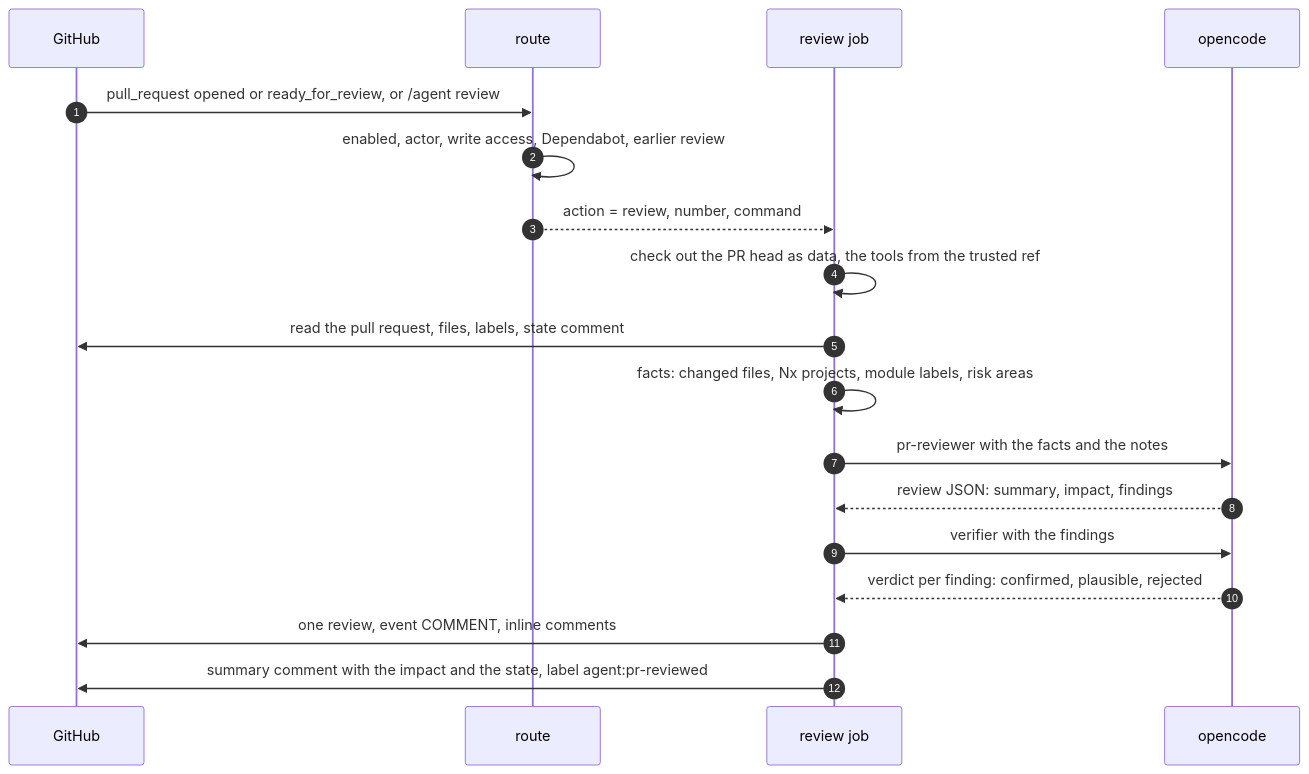
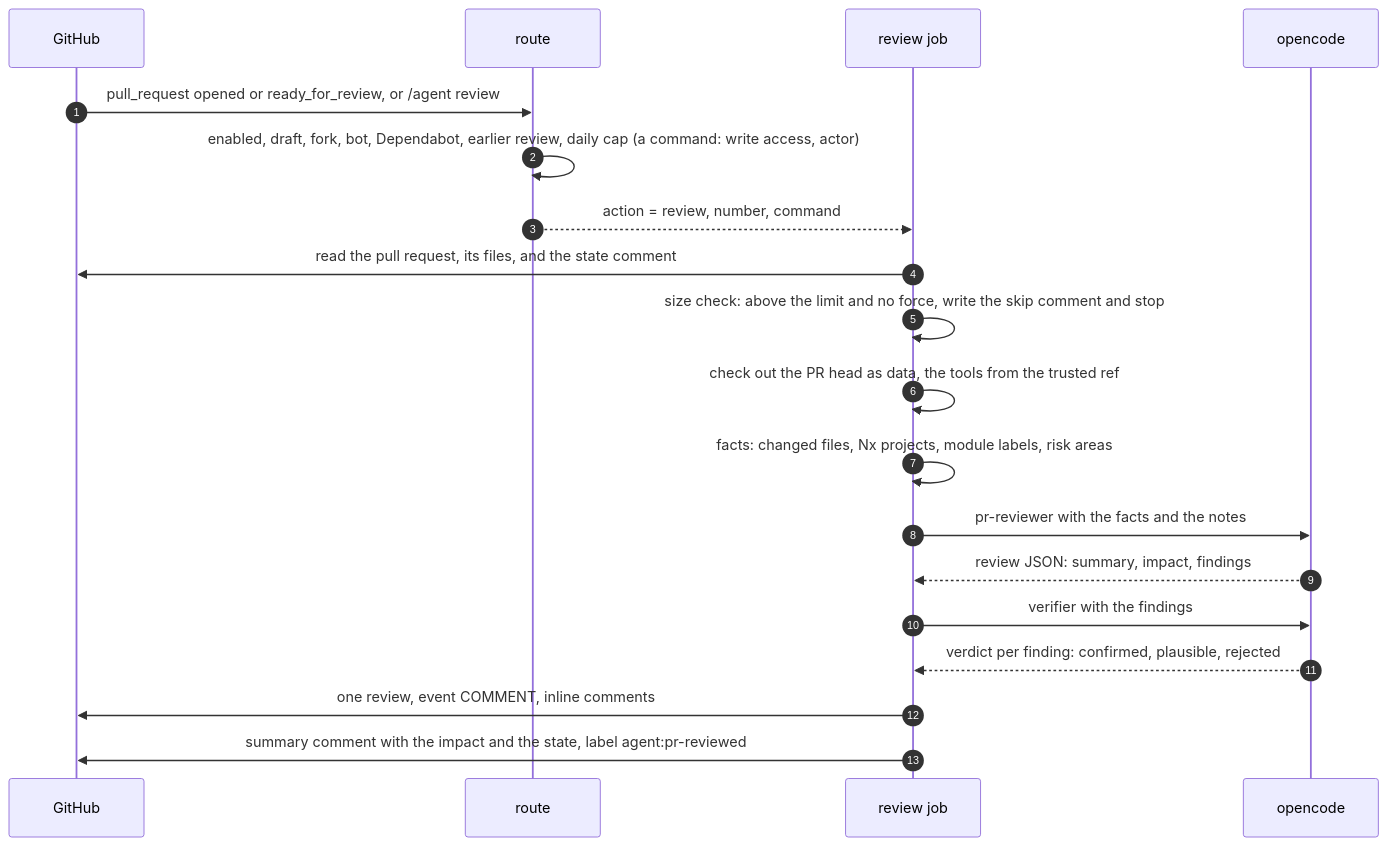
The fourth of 11 diagrams in docs/internal/autonomous-agent/architecture.md (Netcracker/qubership-apihub), drawn with Mermaid before and after one commit. The commit also changed other lines of this file and 23 other files, not shown here.

First line of the commit message:
feat(ci): analyze new issues after a grace period and review every pull request

````diff
--- a/docs/internal/autonomous-agent/architecture.md
+++ b/docs/internal/autonomous-agent/architecture.md
@@ -231,20 +242,21 @@
 ```mermaid
 sequenceDiagram
   autonumber
   participant GH as GitHub
   participant R as route
   participant V as review job
   participant M as opencode
   GH->>R: pull_request opened or ready_for_review, or /agent review
-  R->>R: enabled, actor, write access, Dependabot, earlier review
+  R->>R: enabled, draft, fork, bot, Dependabot, earlier review, daily cap (a command: write access, actor)
   R-->>V: action = review, number, command
+  V->>GH: read the pull request, its files, and the state comment
+  V->>V: size check: above the limit and no force, write the skip comment and stop
   V->>V: check out the PR head as data, the tools from the trusted ref
-  V->>GH: read the pull request, files, labels, state comment
   V->>V: facts: changed files, Nx projects, module labels, risk areas
   V->>M: pr-reviewer with the facts and the notes
   M-->>V: review JSON: summary, impact, findings
   V->>M: verifier with the findings
   M-->>V: verdict per finding: confirmed, plausible, rejected
   V->>GH: one review, event COMMENT, inline comments
   V->>GH: summary comment with the impact and the state, label agent:pr-reviewed
 ```
````
